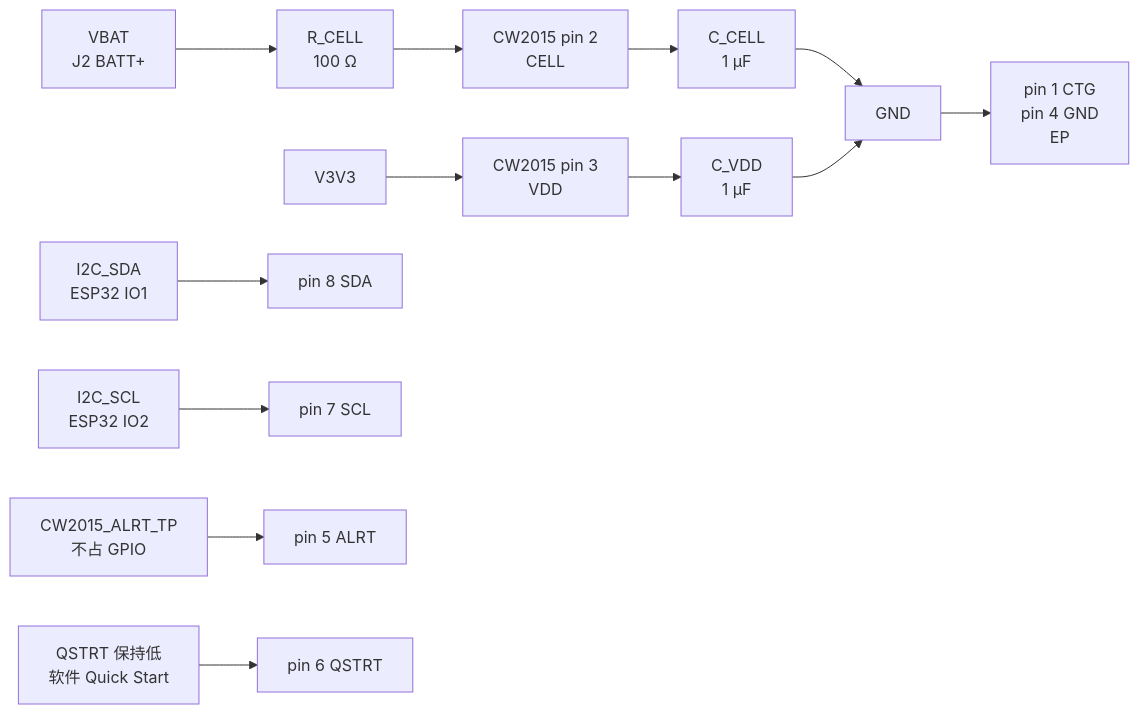
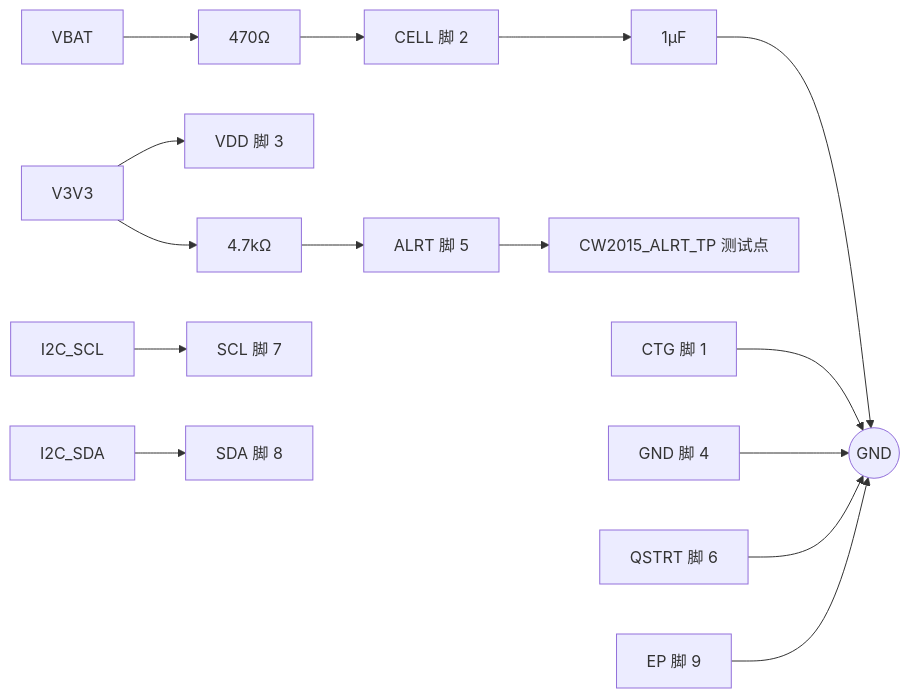
One commit to zhanghongchen1213/Electronic_Wooden_Fish changed the diagram in docs/hardware/外围电路设计/CW2015CHBD外围电路设计与接线.md. Above: the diagram before and after it, drawn with Mermaid. The commit also changed other lines of this file and 6 other files, not shown here.

````diff
--- a/docs/hardware/外围电路设计/CW2015CHBD外围电路设计与接线.md
+++ b/docs/hardware/外围电路设计/CW2015CHBD外围电路设计与接线.md
@@ -36,15 +53,17 @@
 ```mermaid
 flowchart LR
-  BAT["VBAT\nJ2 BATT+"] --> R["R_CELL\n100 Ω"]
-  R --> CELL["CW2015 pin 2\nCELL"]
-  CELL --> C["C_CELL\n1 µF"]
-  C --> GND["GND"]
-  V3["V3V3"] --> VDD["CW2015 pin 3\nVDD"]
-  VDD --> CV["C_VDD\n1 µF"]
-  CV --> GND
-  GND --> CTG["pin 1 CTG\npin 4 GND\nEP"]
-  SDA["I2C_SDA\nESP32 IO1"] --> SD["pin 8 SDA"]
-  SCL["I2C_SCL\nESP32 IO2"] --> SC["pin 7 SCL"]
-  AL["CW2015_ALRT_TP\n不占 GPIO"] --> A["pin 5 ALRT"]
-  Q["QSTRT 保持低\n软件 Quick Start"] --> QS["pin 6 QSTRT"]
+  VBAT[VBAT] --> RSER[470Ω]
+  RSER --> CELL[CELL 脚 2]
+  CELL --> CC[1µF]
+  CC --> GND((GND))
+  V3V3[V3V3] --> VDD[VDD 脚 3]
+  V3V3 --> RPU[4.7kΩ]
+  RPU --> ALRT[ALRT 脚 5]
+  ALRT --> TP[CW2015_ALRT_TP 测试点]
+  I2C_SCL[I2C_SCL] --> SCL[SCL 脚 7]
+  I2C_SDA[I2C_SDA] --> SDA[SDA 脚 8]
+  CTG[CTG 脚 1] --> GND
+  GNDP[GND 脚 4] --> GND
+  QS[QSTRT 脚 6] --> GND
+  EP[EP 脚 9] --> GND
 ```
````
